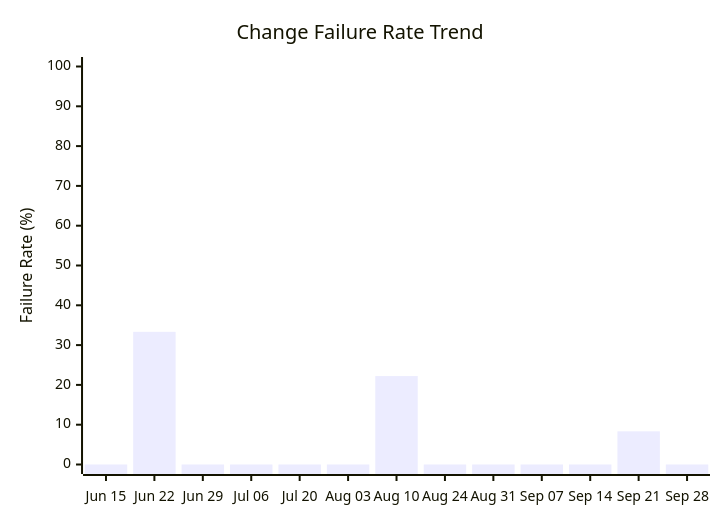
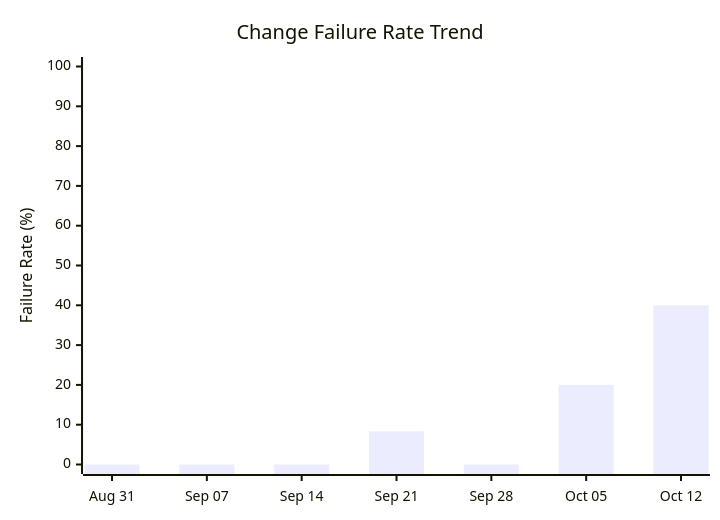
One commit to ukma-cs-ssdm-2025/rate-ukma changed the fourth of 4 diagrams in docs/ci-cd/dora-summary.md. Above: the diagram before and after it, drawn with Mermaid. The commit also changed other lines of this file, not shown here.

````diff
--- a/docs/ci-cd/dora-summary.md
+++ b/docs/ci-cd/dora-summary.md
@@ -71,7 +66,7 @@
 ```mermaid
 xychart-beta
     title "Change Failure Rate Trend"
-    x-axis ["Jun 15", "Jun 22", "Jun 29", "Jul 06", "Jul 20", "Aug 03", "Aug 10", "Aug 24", "Aug 31", "Sep 07", "Sep 14", "Sep 21", "Sep 28"]
+    x-axis ["Aug 31", "Sep 07", "Sep 14", "Sep 21", "Sep 28", "Oct 05", "Oct 12"]
     y-axis "Failure Rate (%)" 0 --> 100
-    bar [0.00, 33.33, 0.00, 0.00, 0.00, 0.00, 22.22, 0.00, 0.00, 0.00, 0.00, 8.33, 0.00]
+    bar [0.00, 0.00, 0.00, 8.33, 0.00, 20.00, 40.00]
 ```
````
